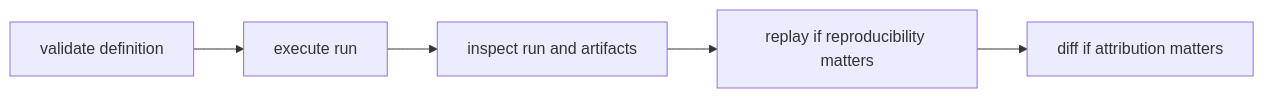
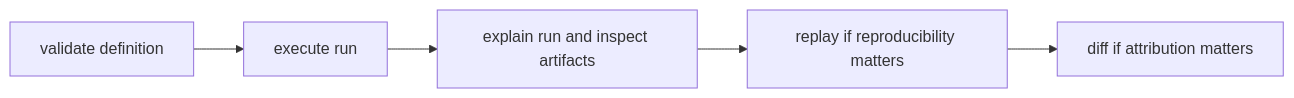
Before and after one commit to bijux/bijux-cli: the diagram in docs/bijux-dag/interfaces/operator-workflows.md, drawn with Mermaid. The commit also changed other lines of this file and 6 other files, not shown here.

````diff
--- a/docs/bijux-dag/interfaces/operator-workflows.md
+++ b/docs/bijux-dag/interfaces/operator-workflows.md
@@ -20,7 +20,7 @@
 ```mermaid
 flowchart LR
     define["validate definition"] --> run["execute run"]
-    run --> inspect["inspect run and artifacts"]
+    run --> inspect["explain run and inspect artifacts"]
     inspect --> replay["replay if reproducibility matters"]
     replay --> diff["diff if attribution matters"]
 ```
````
